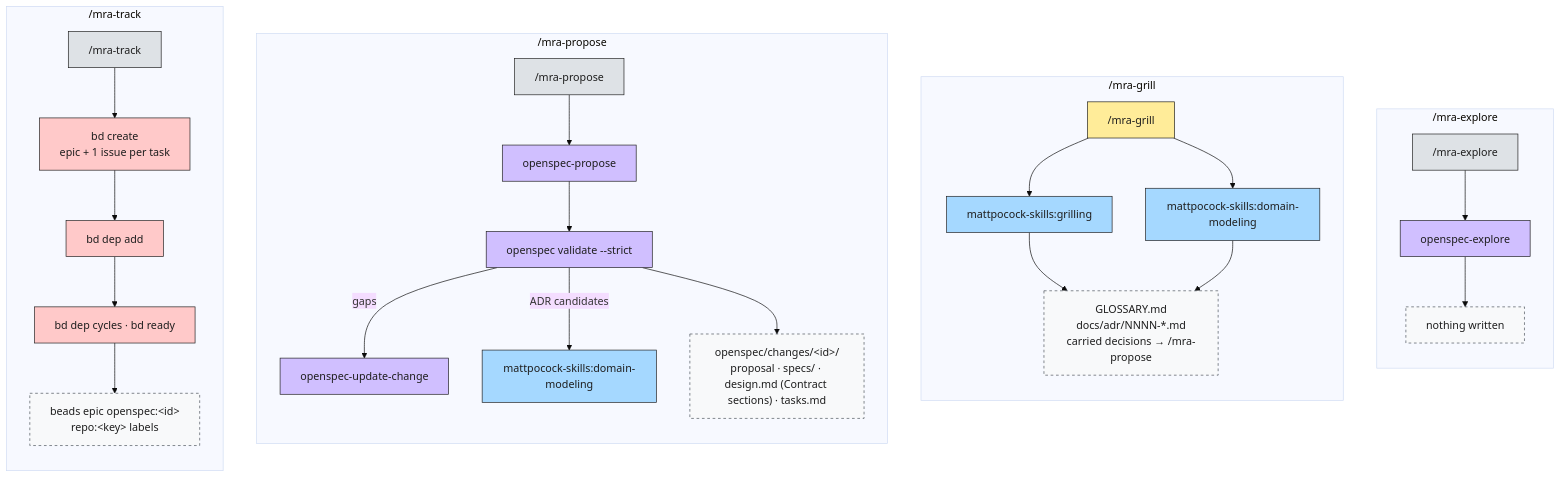
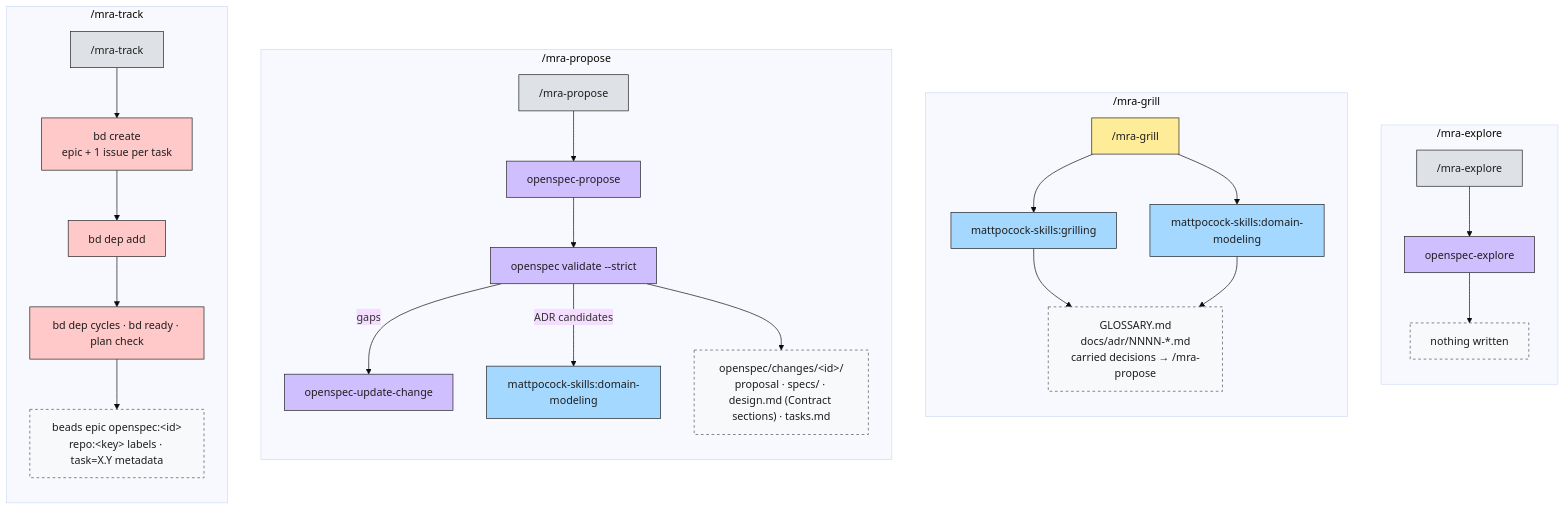
The second of 5 diagrams in payload/orchestrator/.mra-flow/docs/mra-flow.md (Ancora-Ancora/mra-flow), drawn with Mermaid (base theme) before and after one commit. The commit also changed other lines of this file and 9 other files, not shown here.

First line of the commit message:
Link tasks to beads issues by metadata and check plan drift; release 0.1.14

````diff
--- a/payload/orchestrator/.mra-flow/docs/mra-flow.md
+++ b/payload/orchestrator/.mra-flow/docs/mra-flow.md
@@ -66,37 +66,37 @@
 ```mermaid
 flowchart TB
     classDef phase fill:#dee2e6,stroke:#1e1e1e,color:#1e1e1e
     classDef mpwrap fill:#ffec99,stroke:#1e1e1e,color:#1e1e1e
     classDef sp fill:#b2f2bb,stroke:#1e1e1e,color:#1e1e1e
     classDef mp fill:#a5d8ff,stroke:#1e1e1e,color:#1e1e1e
     classDef os fill:#d0bfff,stroke:#1e1e1e,color:#1e1e1e
     classDef bd fill:#ffc9c9,stroke:#1e1e1e,color:#1e1e1e
     classDef art fill:#f8f9fa,stroke:#495057,stroke-dasharray:4 4,color:#1e1e1e
 
     subgraph EX["/mra-explore"]
         direction TB
         ex["/mra-explore"]:::phase --> ex1["openspec-explore"]:::os
         ex1 --> exA["nothing written"]:::art
     end
     subgraph GR["/mra-grill"]
         direction TB
         gr["/mra-grill"]:::mpwrap --> gr1["mattpocock-skills:grilling"]:::mp
         gr --> gr2["mattpocock-skills:domain-modeling"]:::mp
         gr1 & gr2 --> grA["GLOSSARY.md<br/>docs/adr/NNNN-*.md<br/>carried decisions → /mra-propose"]:::art
     end
     subgraph PR["/mra-propose"]
         direction TB
         pr["/mra-propose"]:::phase --> pr1["openspec-propose"]:::os
         pr1 --> pr2["openspec validate --strict"]:::os
         pr2 -- gaps --> pr3["openspec-update-change"]:::os
         pr2 -- ADR candidates --> pr4["mattpocock-skills:domain-modeling"]:::mp
         pr2 --> prA["openspec/changes/#lt;id#gt;/<br/>proposal · specs/ · design.md (Contract sections) · tasks.md"]:::art
     end
     subgraph TR["/mra-track"]
         direction TB
         tr["/mra-track"]:::phase --> tr1["bd create<br/>epic + 1 issue per task"]:::bd
         tr1 --> tr2["bd dep add"]:::bd
-        tr2 --> tr3["bd dep cycles · bd ready"]:::bd
-        tr3 --> trA["beads epic openspec:#lt;id#gt;<br/>repo:#lt;key#gt; labels"]:::art
+        tr2 --> tr3["bd dep cycles · bd ready · plan check"]:::bd
+        tr3 --> trA["beads epic openspec:#lt;id#gt;<br/>repo:#lt;key#gt; labels · task=X.Y metadata"]:::art
     end
 ```
````
